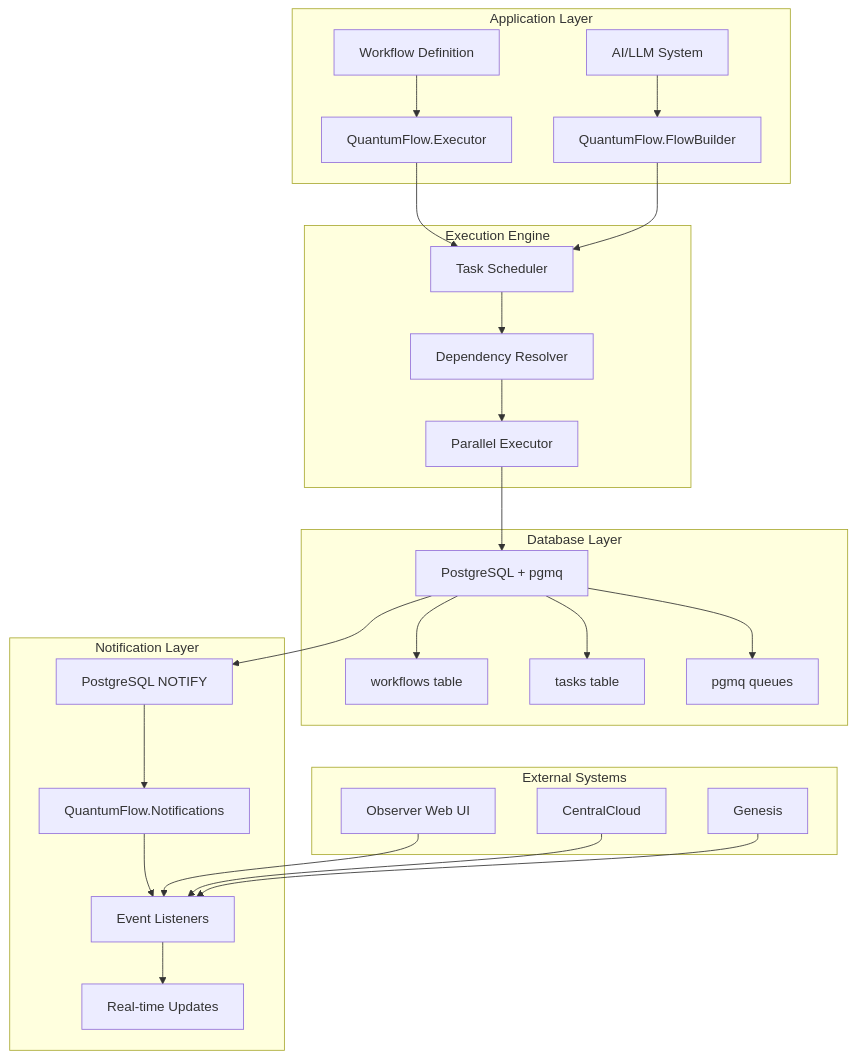
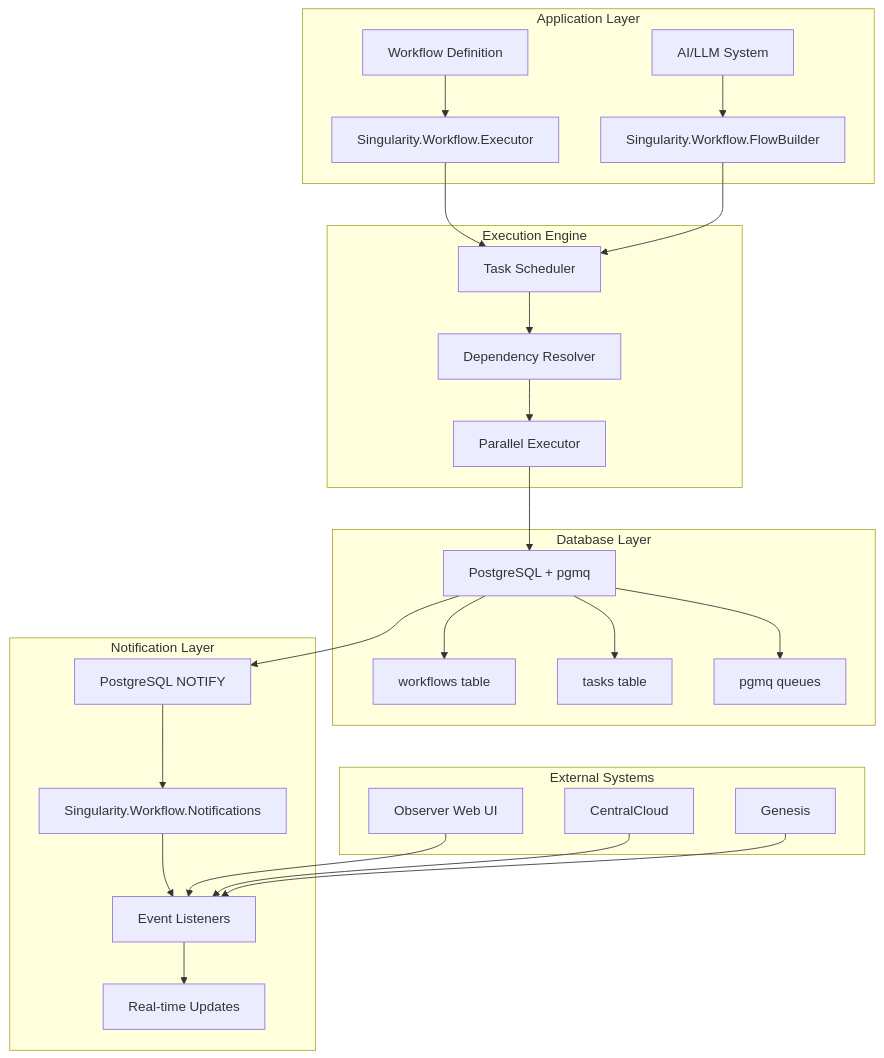
Before and after one commit to Singularity-ng/singularity-workflows: the first of 15 diagrams in docs/architecture_diagrams.md, drawn with Mermaid. The commit also changed other lines of this file and 146 other files, not shown here.

Commit message:
Rename QuantumFlow to Singularity.Workflow

````diff
--- a/docs/architecture_diagrams.md
+++ b/docs/architecture_diagrams.md
@@ -9,34 +9,34 @@
 ```mermaid
 graph TB
     subgraph "Application Layer"
-        A[Workflow Definition] --> B[QuantumFlow.Executor]
-        C[AI/LLM System] --> D[QuantumFlow.FlowBuilder]
+        A[Workflow Definition] --> B[Singularity.Workflow.Executor]
+        C[AI/LLM System] --> D[Singularity.Workflow.FlowBuilder]
     end
     
     subgraph "Execution Engine"
         B --> E[Task Scheduler]
         D --> E
         E --> F[Dependency Resolver]
         F --> G[Parallel Executor]
     end
     
     subgraph "Database Layer"
         G --> H[PostgreSQL + pgmq]
         H --> I[workflows table]
         H --> J[tasks table]
         H --> K[pgmq queues]
     end
     
     subgraph "Notification Layer"
         H --> L[PostgreSQL NOTIFY]
-        L --> M[QuantumFlow.Notifications]
+        L --> M[Singularity.Workflow.Notifications]
         M --> N[Event Listeners]
         N --> O[Real-time Updates]
     end
     
     subgraph "External Systems"
         P[Observer Web UI] --> N
         Q[CentralCloud] --> N
         R[Genesis] --> N
     end
 ```
````
